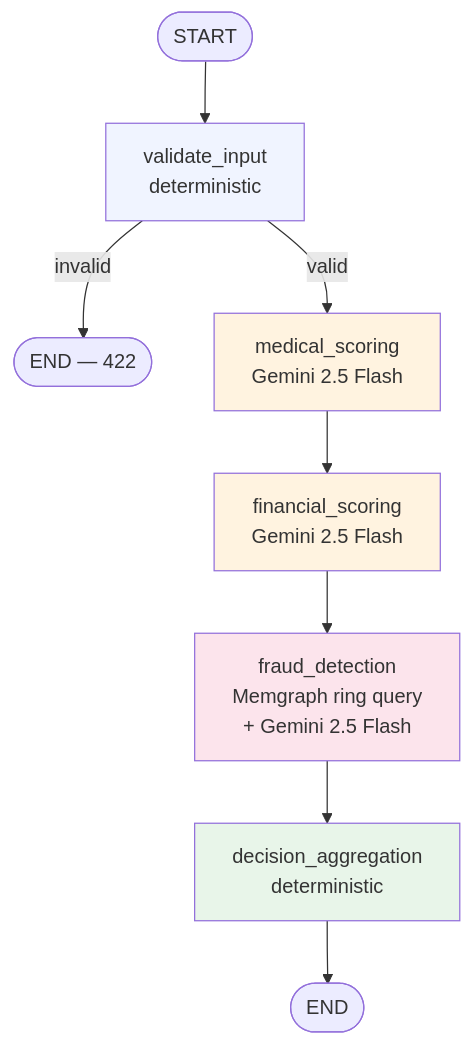
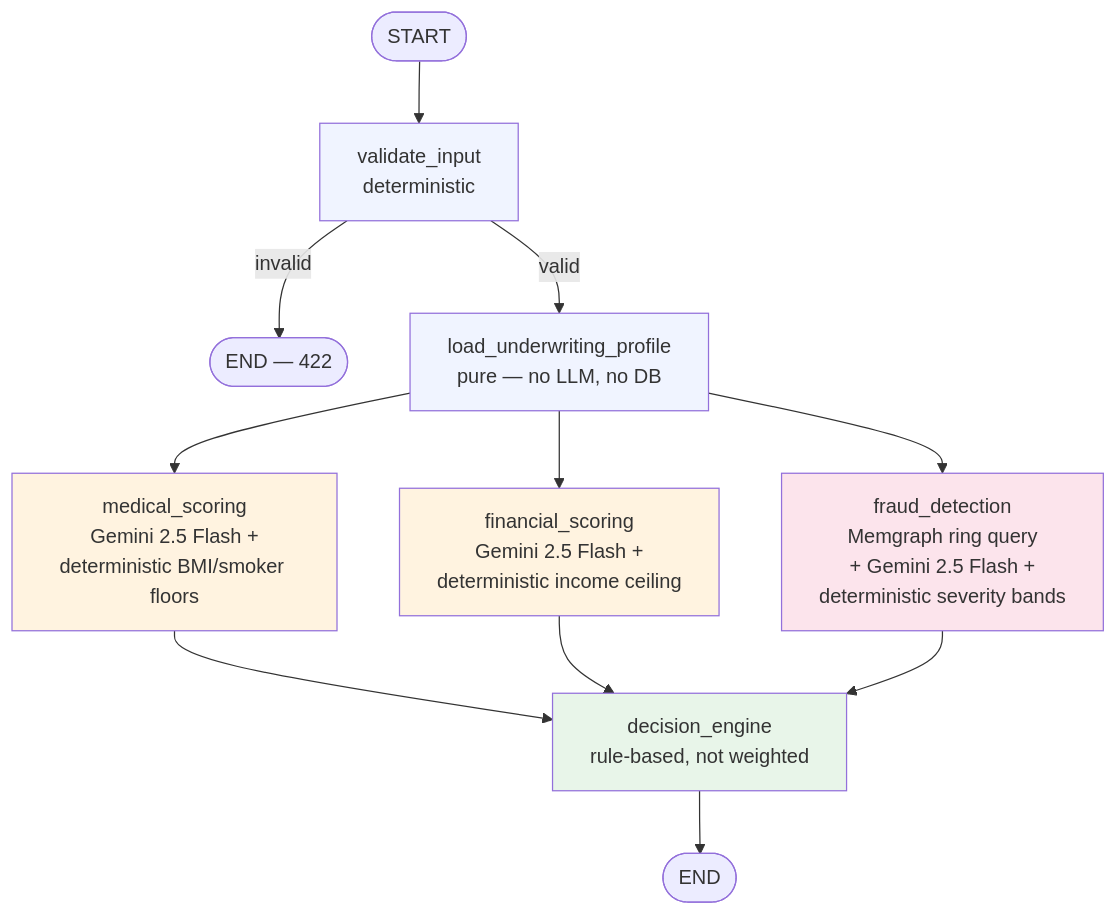
Before and after one commit to Nouman64-cat/insurance-ai: the fourth of 4 diagrams in docs/docs/data-flow.md, drawn with Mermaid. The commit also changed other lines of this file and 45 other files, not shown here.

First line of the commit message:
feat: Implement underwriting profile and requirements engine

````diff
--- a/docs/docs/data-flow.md
+++ b/docs/docs/data-flow.md
@@ -106,16 +142,20 @@
 ```mermaid
 flowchart TD
     START([START]) --> V[validate_input\ndeterministic]
     V -->|invalid| END1([END — 422])
-    V -->|valid| M[medical_scoring\nGemini 2.5 Flash]
-    M --> F[financial_scoring\nGemini 2.5 Flash]
-    F --> FR[fraud_detection\nMemgraph ring query\n+ Gemini 2.5 Flash]
-    FR --> D[decision_aggregation\ndeterministic]
+    V -->|valid| P[load_underwriting_profile\npure — no LLM, no DB]
+    P --> M[medical_scoring\nGemini 2.5 Flash +\ndeterministic BMI/smoker floors]
+    P --> F[financial_scoring\nGemini 2.5 Flash +\ndeterministic income ceiling]
+    P --> FR[fraud_detection\nMemgraph ring query\n+ Gemini 2.5 Flash +\ndeterministic severity bands]
+    M --> D[decision_engine\nrule-based, not weighted]
+    F --> D
+    FR --> D
     D --> END2([END])
 
     style V fill:#f0f4ff
+    style P fill:#f0f4ff
     style M fill:#fff3e0
     style F fill:#fff3e0
     style FR fill:#fce4ec
     style D fill:#e8f5e9
 ```
````
